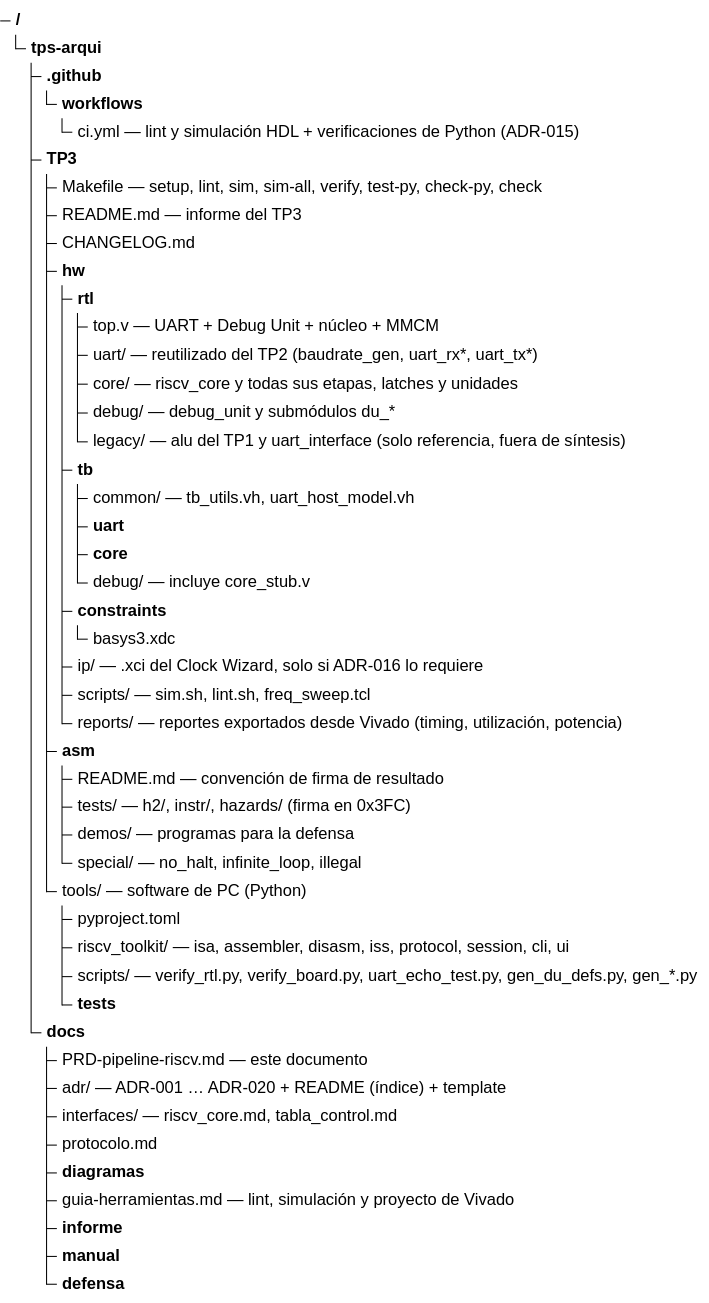
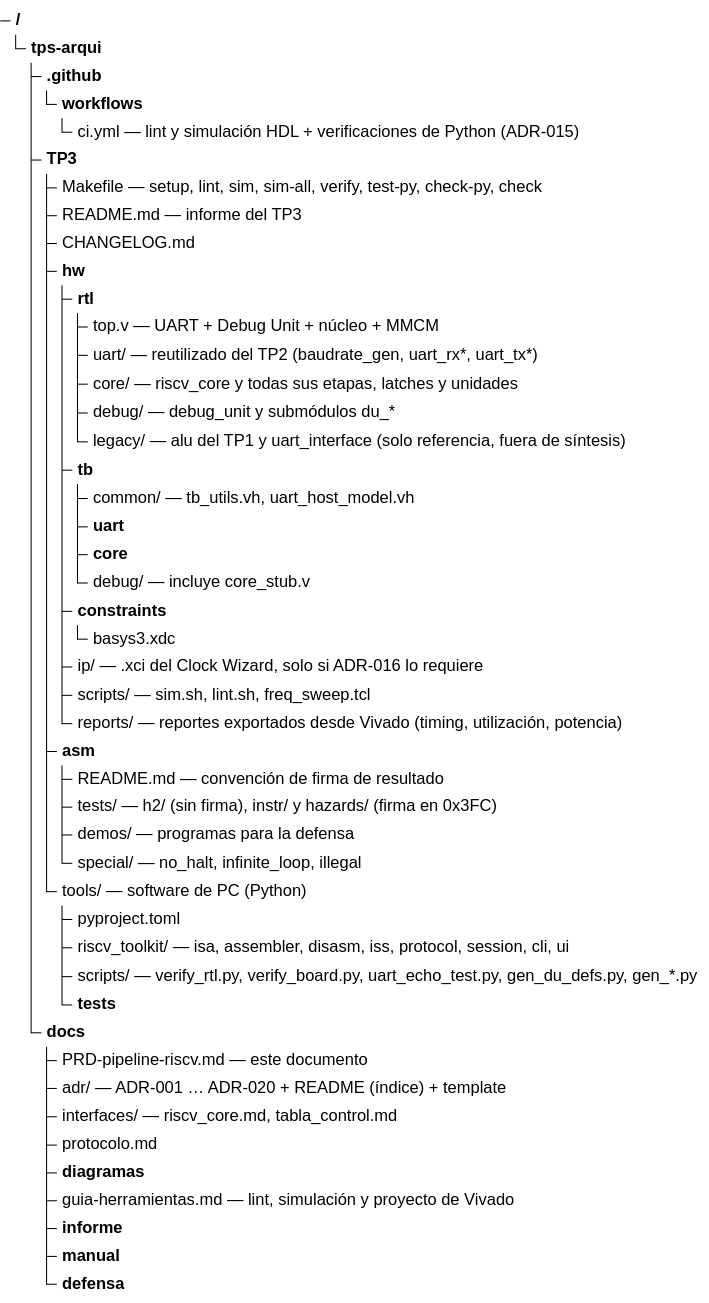
Diagram 47 of 47 in docs/PRD-pipeline-riscv.md (nicopinera/tps-arqui), drawn with Mermaid before and after one commit. The commit also changed other lines of this file and 15 other files, not shown here.

````diff
--- a/docs/PRD-pipeline-riscv.md
+++ b/docs/PRD-pipeline-riscv.md
@@ -2161,48 +2227,48 @@
 ```mermaid
 treeView-beta
     "tps-arqui/"
         ".github/"
             "workflows/"
                 "ci.yml — lint y simulación HDL + verificaciones de Python (ADR-015)"
         "TP3/"
             "Makefile — setup, lint, sim, sim-all, verify, test-py, check-py, check"
             "README.md — informe del TP3"
             "CHANGELOG.md"
             "hw/"
                 "rtl/"
                     "top.v — UART + Debug Unit + núcleo + MMCM"
                     "uart/ — reutilizado del TP2 (baudrate_gen, uart_rx*, uart_tx*)"
                     "core/ — riscv_core y todas sus etapas, latches y unidades"
                     "debug/ — debug_unit y submódulos du_*"
                     "legacy/ — alu del TP1 y uart_interface (solo referencia, fuera de síntesis)"
                 "tb/"
                     "common/ — tb_utils.vh, uart_host_model.vh"
                     "uart/"
                     "core/"
                     "debug/ — incluye core_stub.v"
                 "constraints/"
                     "basys3.xdc"
                 "ip/ — .xci del Clock Wizard, solo si ADR-016 lo requiere"
                 "scripts/ — sim.sh, lint.sh, freq_sweep.tcl"
                 "reports/ — reportes exportados desde Vivado (timing, utilización, potencia)"
             "asm/"
                 "README.md — convención de firma de resultado"
-                "tests/ — h2/, instr/, hazards/ (firma en 0x3FC)"
+                "tests/ — h2/ (sin firma), instr/ y hazards/ (firma en 0x3FC)"
                 "demos/ — programas para la defensa"
                 "special/ — no_halt, infinite_loop, illegal"
             "tools/ — software de PC (Python)"
                 "pyproject.toml"
                 "riscv_toolkit/ — isa, assembler, disasm, iss, protocol, session, cli, ui"
                 "scripts/ — verify_rtl.py, verify_board.py, uart_echo_test.py, gen_du_defs.py, gen_*.py"
                 "tests/"
         "docs/"
             "PRD-pipeline-riscv.md — este documento"
             "adr/ — ADR-001 … ADR-020 + README (índice) + template"
             "interfaces/ — riscv_core.md, tabla_control.md"
             "protocolo.md"
             "diagramas/"
             "guia-herramientas.md — lint, simulación y proyecto de Vivado"
             "informe/"
             "manual/"
             "defensa/"
 ```
````
